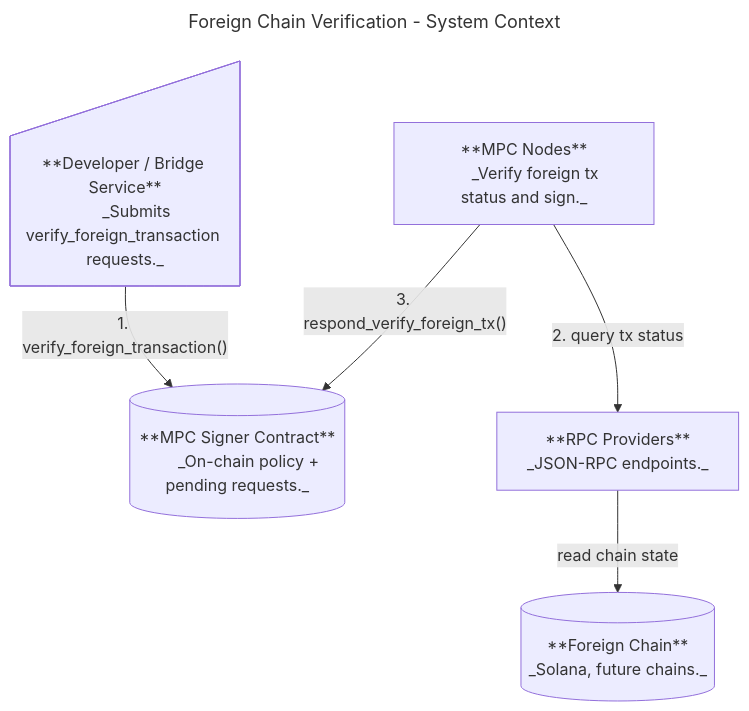
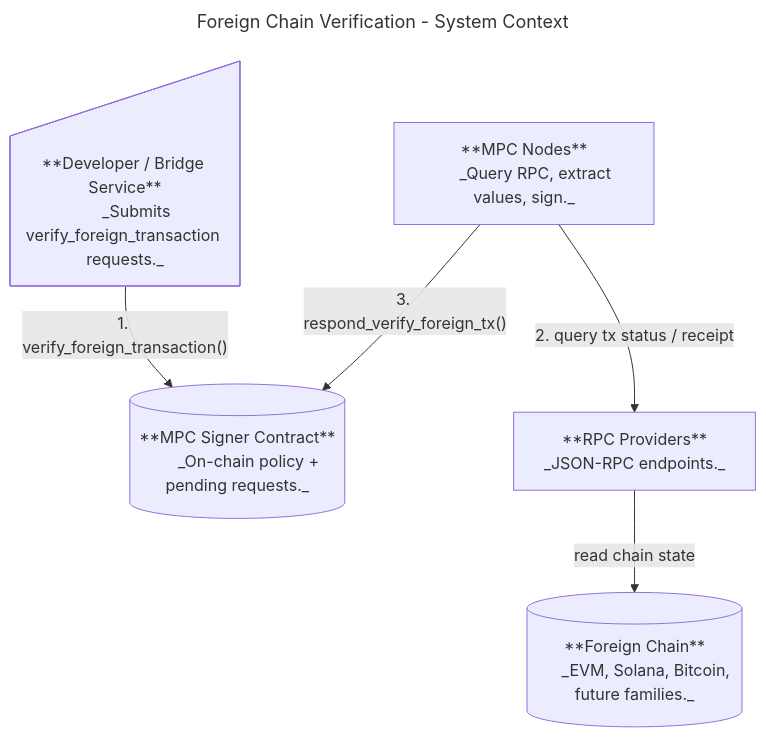
The first of 2 diagrams in docs/foreign_chain_transactions.md (near/mpc), drawn with Mermaid before and after one commit. The commit also changed other lines of this file, not shown here.

Commit message:
docs: Extractor-based foreign chain trasnaction verification

````diff
--- a/docs/foreign_chain_transactions.md
+++ b/docs/foreign_chain_transactions.md
@@ -27,31 +48,31 @@
 ```mermaid
 ---
 title: Foreign Chain Verification - System Context
 ---
 flowchart TD
     DEV["**Developer / Bridge Service**
       _Submits verify_foreign_transaction requests._"]
 
     SC["**MPC Signer Contract**
       _On-chain policy + pending requests._"]
 
     MPC["**MPC Nodes**
-      _Verify foreign tx status and sign._"]
+      _Query RPC, extract values, sign._"]
 
     RPC["**RPC Providers**
       _JSON-RPC endpoints._"]
 
     FC["**Foreign Chain**
-      _Solana, future chains._"]
+      _EVM, Solana, Bitcoin, future families._"]
 
     DEV -->|"1. verify_foreign_transaction()"| SC
     MPC -->|"3. respond_verify_foreign_tx()"| SC
-    MPC -->|"2. query tx status"| RPC
+    MPC -->|"2. query tx status / receipt"| RPC
     RPC -->|"read chain state"| FC
 
     DEV@{ shape: manual-input}
     SC@{ shape: db}
     MPC@{ shape: proc}
     RPC@{ shape: proc}
     FC@{ shape: cylinder}
 ```
````
